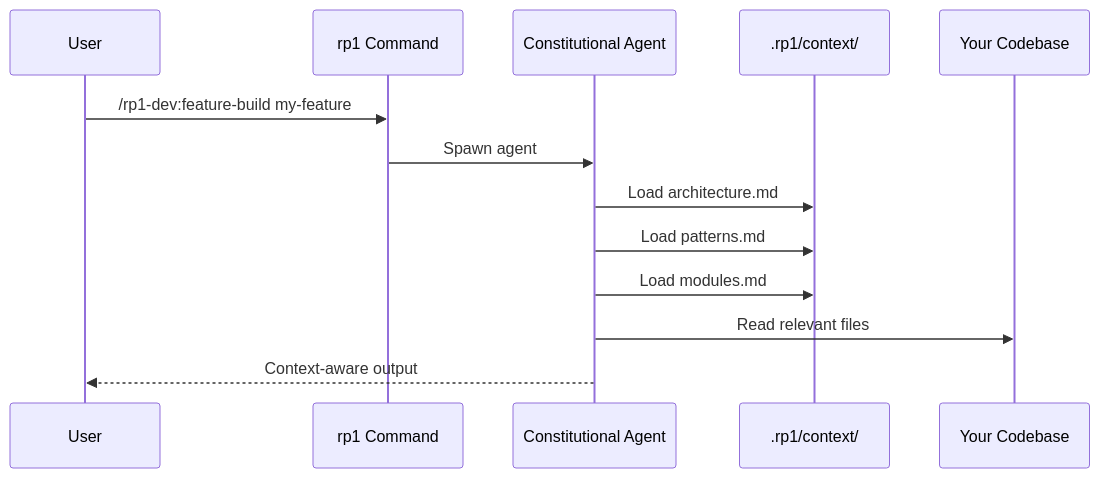
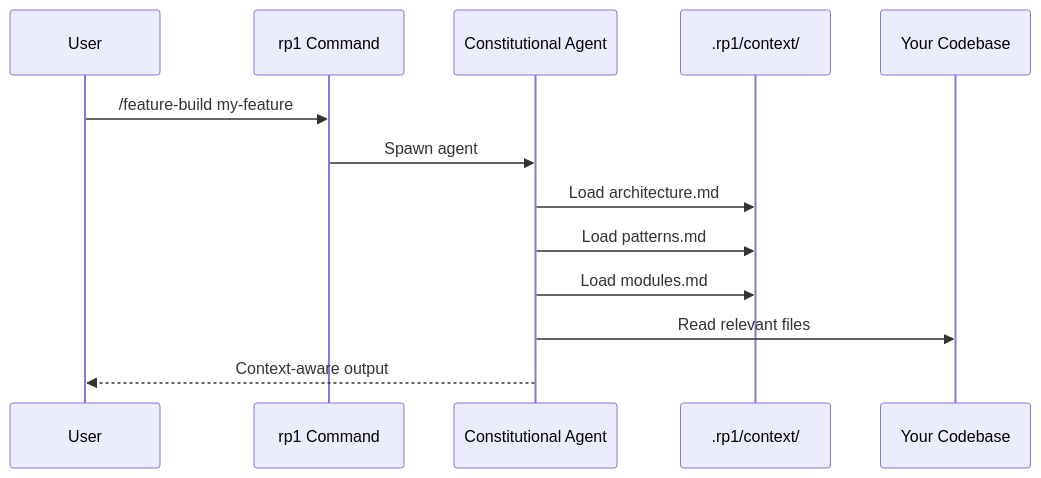
One commit to rp1-run/rp1 changed the second of 2 diagrams in docs/concepts/knowledge-aware-agents.md. Above: the diagram before and after it, drawn with Mermaid. The commit also changed other lines of this file and 41 other files, not shown here.

````diff
--- a/docs/concepts/knowledge-aware-agents.md
+++ b/docs/concepts/knowledge-aware-agents.md
@@ -58,16 +58,16 @@
 ```mermaid
 sequenceDiagram
     participant User
     participant Cmd as rp1 Command
     participant Agent as Constitutional Agent
     participant KB as .rp1/context/
     participant Code as Your Codebase
 
-    User->>Cmd: /rp1-dev:feature-build my-feature
+    User->>Cmd: /feature-build my-feature
     Cmd->>Agent: Spawn agent
     Agent->>KB: Load architecture.md
     Agent->>KB: Load patterns.md
     Agent->>KB: Load modules.md
     Agent->>Code: Read relevant files
     Agent-->>User: Context-aware output
 ```
````
